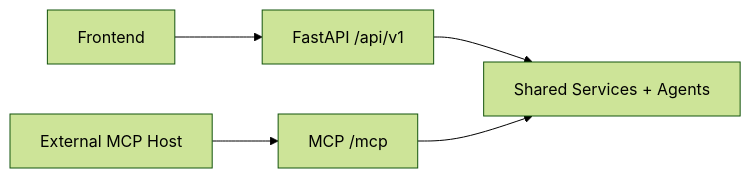
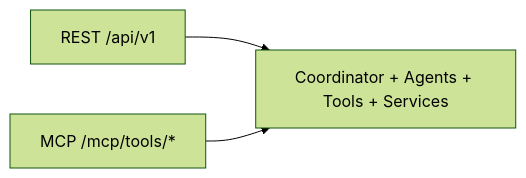
The seventh of 9 diagrams in docs/judge/ARCHITECTURE.md (Abhinav-B-19/WalletMind), drawn with Mermaid (forest theme) before and after one commit. The commit also changed other lines of this file and 7 other files, not shown here.

Commit message:
Kaggle notebook foundation, competition writeup, architecture diagrams, and judge documentation

````diff
--- a/docs/judge/ARCHITECTURE.md
+++ b/docs/judge/ARCHITECTURE.md
@@ -150,7 +120,5 @@
 ```mermaid
 flowchart LR
-    UI[Frontend] --> REST[FastAPI /api/v1]
-    Ext[External MCP Host] --> MCP[MCP /mcp]
-    REST --> Core[Shared Services + Agents]
-    MCP --> Core
+    REST[REST /api/v1] --> CORE[Coordinator + Agents + Tools + Services]
+    MCP[MCP /mcp/tools/*] --> CORE
 ```
````
